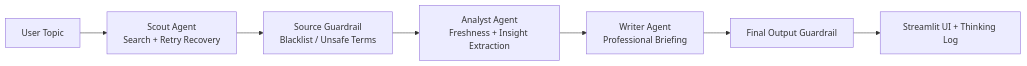
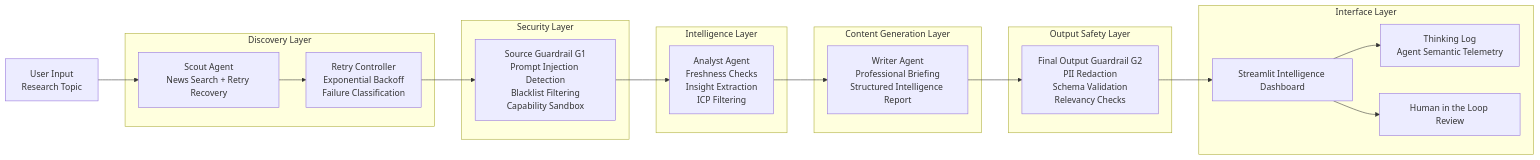
The diagram in README.md (yes988/hackathon), drawn with Mermaid before and after one commit. The commit also changed other lines of this file, not shown here.

````diff
--- a/README.md
+++ b/README.md
@@ -22,9 +22,43 @@
 ```mermaid
 flowchart LR
-	U[User Topic] --> S[Scout Agent\nSearch + Retry Recovery]
-	S --> G1[Source Guardrail\nBlacklist / Unsafe Terms]
-	G1 --> A[Analyst Agent\nFreshness + Insight Extraction]
-	A --> W[Writer Agent\nProfessional Briefing]
-	W --> G2[Final Output Guardrail]
-	G2 --> UI[Streamlit UI + Thinking Log]
+
+U[User Input<br>Research Topic]
+
+subgraph Discovery Layer
+S[Scout Agent<br>News Search + Retry Recovery]
+RC[Retry Controller<br>Exponential Backoff<br>Failure Classification]
+end
+
+subgraph Security Layer
+G1[Source Guardrail G1<br>Prompt Injection Detection<br>Blacklist Filtering<br>Capability Sandbox]
+end
+
+subgraph Intelligence Layer
+A[Analyst Agent<br>Freshness Checks<br>Insight Extraction<br>ICP Filtering]
+end
+
+subgraph Content Generation Layer
+W[Writer Agent<br>Professional Briefing<br>Structured Intelligence Report]
+end
+
+subgraph Output Safety Layer
+G2[Final Output Guardrail G2<br>PII Redaction<br>Schema Validation<br>Relevancy Checks]
+end
+
+subgraph Interface Layer
+UI[Streamlit Intelligence Dashboard]
+LOG[Thinking Log<br>Agent Semantic Telemetry]
+HITL[Human in the Loop Review]
+end
+
+U --> S
+S --> RC
+RC --> G1
+G1 --> A
+A --> W
+W --> G2
+G2 --> UI
+
+UI --> LOG
+UI --> HITL
 ```
````
